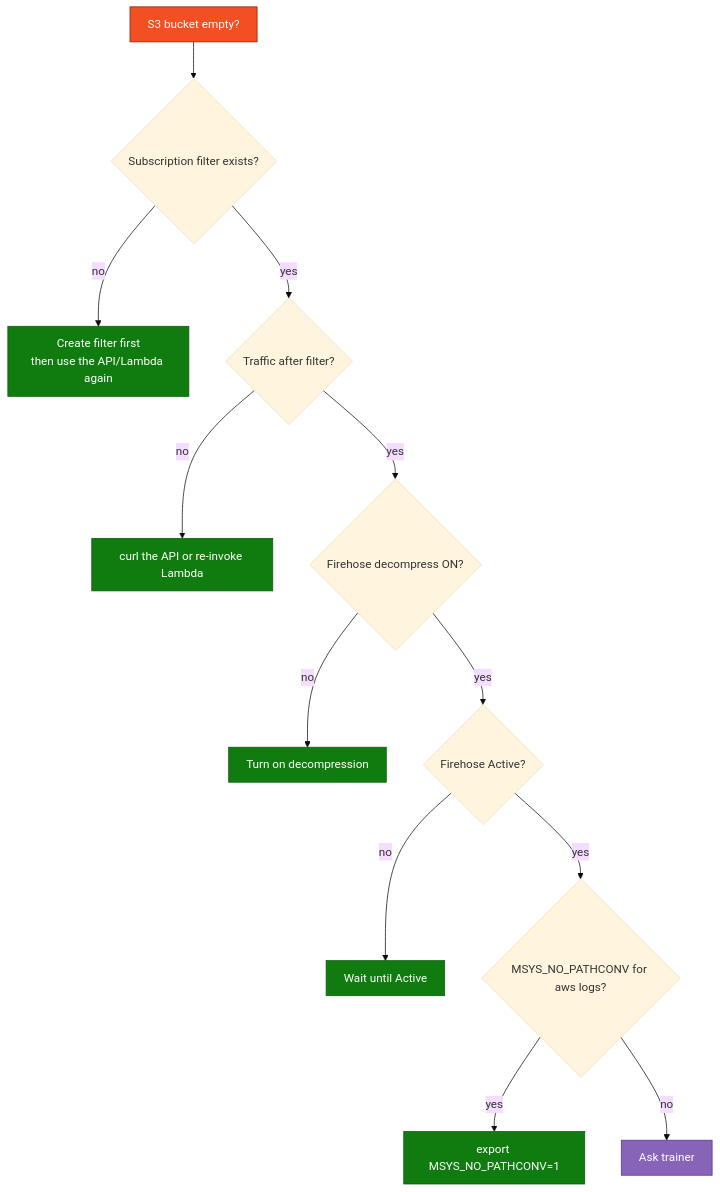
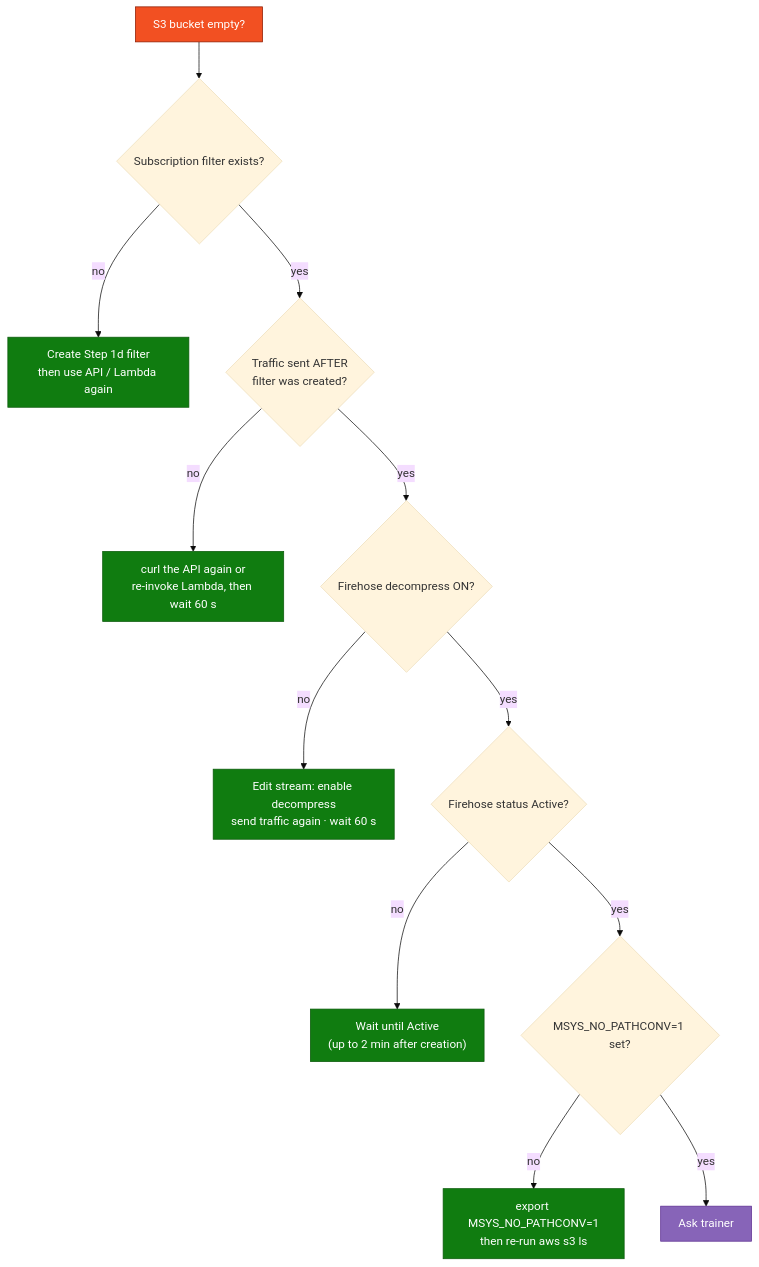
The second of 2 diagrams in Module_03_AWS_CloudWatch/03_CloudWatch_to_ADX_Lab.md (atingupta2005/adx-aws-training-aug-26), drawn with Mermaid before and after one commit. The commit also changed other lines of this file and 6 other files, not shown here.

````diff
--- a/Module_03_AWS_CloudWatch/03_CloudWatch_to_ADX_Lab.md
+++ b/Module_03_AWS_CloudWatch/03_CloudWatch_to_ADX_Lab.md
@@ -241,22 +529,22 @@
 ```mermaid
 %%{init: {"theme":"base","flowchart":{"htmlLabels":true,"padding":12}}}%%
 flowchart TD
   START["S3 bucket empty?"] --> Q1{"Subscription filter exists?"}
-  Q1 -->|no| FIX1["Create filter first<br/>then use the API/Lambda again"]
-  Q1 -->|yes| Q2{"Traffic after filter?"}
-  Q2 -->|no| FIX2["curl the API or re-invoke Lambda"]
+  Q1 -->|no| FIX1["Create Step 1d filter<br/>then use API / Lambda again"]
+  Q1 -->|yes| Q2{"Traffic sent AFTER<br/>filter was created?"}
+  Q2 -->|no| FIX2["curl the API again or<br/>re-invoke Lambda, then wait 60 s"]
   Q2 -->|yes| Q3{"Firehose decompress ON?"}
-  Q3 -->|no| FIX3["Turn on decompression"]
-  Q3 -->|yes| Q4{"Firehose Active?"}
-  Q4 -->|no| FIX4["Wait until Active"]
-  Q4 -->|yes| Q5{"MSYS_NO_PATHCONV for aws logs?"}
-  Q5 -->|yes| FIX5["export MSYS_NO_PATHCONV=1"]
-  Q5 -->|no| HELP["Ask trainer"]
+  Q3 -->|no| FIX3["Edit stream: enable decompress<br/>send traffic again · wait 60 s"]
+  Q3 -->|yes| Q4{"Firehose status Active?"}
+  Q4 -->|no| FIX4["Wait until Active<br/>(up to 2 min after creation)"]
+  Q4 -->|yes| Q5{"MSYS_NO_PATHCONV=1 set?"}
+  Q5 -->|no| FIX5["export MSYS_NO_PATHCONV=1<br/>then re-run aws s3 ls"]
+  Q5 -->|yes| HELP["Ask trainer"]
   style START fill:#F25022,stroke:#8B1A00,color:#fff
   style FIX1 fill:#107C10,stroke:#0B5A0B,color:#fff
   style FIX2 fill:#107C10,stroke:#0B5A0B,color:#fff
   style FIX3 fill:#107C10,stroke:#0B5A0B,color:#fff
   style FIX4 fill:#107C10,stroke:#0B5A0B,color:#fff
   style FIX5 fill:#107C10,stroke:#0B5A0B,color:#fff
   style HELP fill:#8764B8,stroke:#5C2D91,color:#fff
 ```
````
